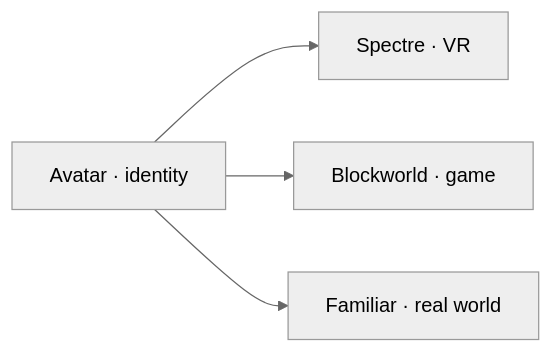
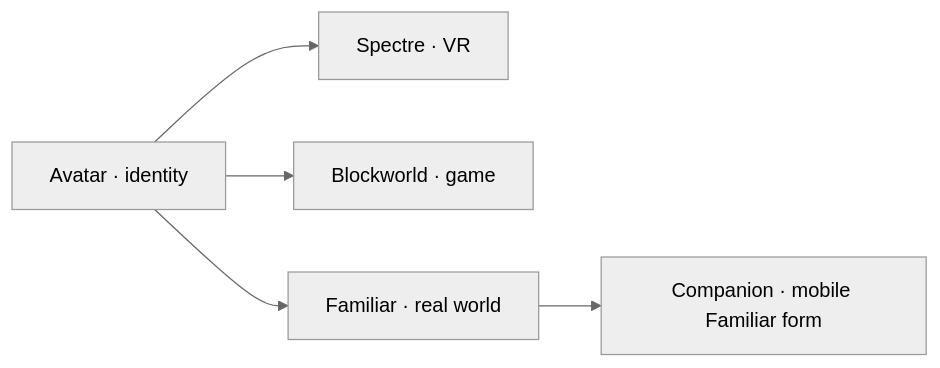
The first of 2 diagrams in docs/compositions/familiar/index.md (hexanomicon/lychd), drawn with Mermaid (neutral theme) before and after one commit. The commit also changed other lines of this file and 46 other files, not shown here.

````diff
--- a/docs/compositions/familiar/index.md
+++ b/docs/compositions/familiar/index.md
@@ -22,6 +23,7 @@
 ```mermaid
 flowchart LR
     A[Avatar · identity] --> S[Spectre · VR]
     A --> B[Blockworld · game]
     A --> F[Familiar · real world]
+    F --> C[Companion · mobile Familiar form]
 ```
````
